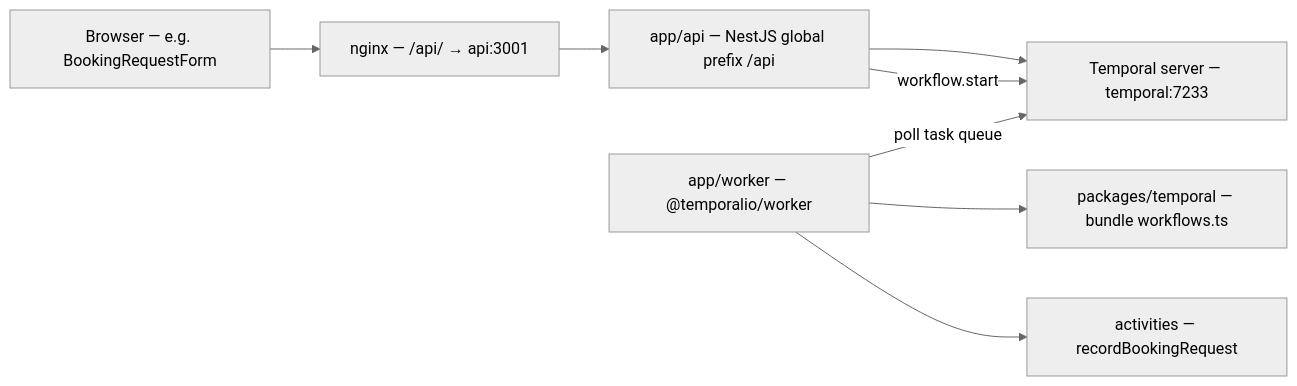
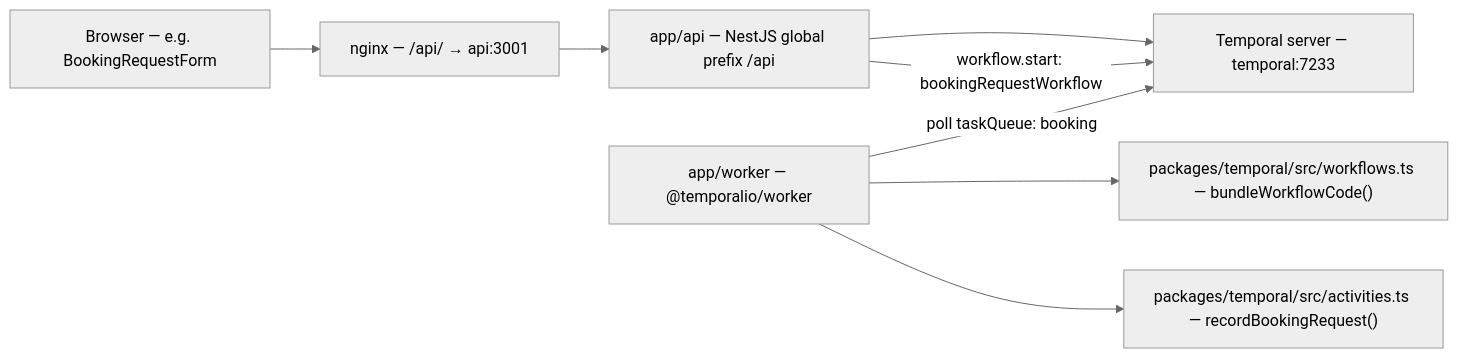
The diagram in api backend and temporal structure.md (richardliuca/BusServProv-Web), drawn with Mermaid (neutral theme) before and after one commit. The commit also changed other lines of this file and 2 other files, not shown here.

````diff
--- a/api backend and temporal structure.md
+++ b/api backend and temporal structure.md
@@ -11,10 +11,10 @@
 ```mermaid
 flowchart LR
   B[Browser — e.g. BookingRequestForm] --> N["nginx — /api/ → api:3001"]
   N --> A["app/api — NestJS global prefix /api"]
   A --> T["Temporal server — temporal:7233"]
-  A -->|workflow.start| T
-  W["app/worker — @temporalio/worker"] -->|poll task queue| T
-  W --> P["packages/temporal — bundle workflows.ts"]
-  W --> Act["activities — recordBookingRequest"]
+  A -->|workflow.start: bookingRequestWorkflow| T
+  W["app/worker — @temporalio/worker"] -->|poll taskQueue: booking| T
+  W --> P["packages/temporal/src/workflows.ts — bundleWorkflowCode()"]
+  W --> Act["packages/temporal/src/activities.ts — recordBookingRequest()"]
 ```
````
